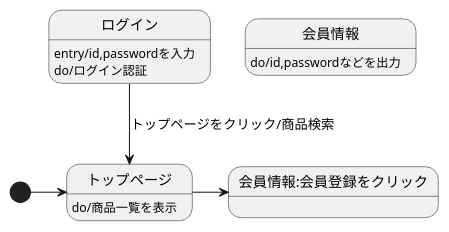
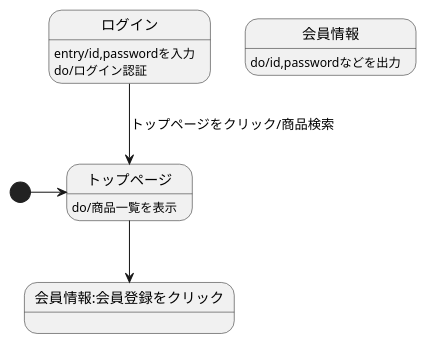
The diagram in 画面遷移図(original).md (Aso2001224/2021sys-design), drawn with PlantUML before and after one commit.

````diff
--- a/画面遷移図(original).md
+++ b/画面遷移図(original).md
@@ -1,11 +1,11 @@
 ```uml
 @startuml
 [*]->トップページ
 トップページ:do/商品一覧を表示
 ログイン-->トップページ:トップページをクリック/商品検索
 ログイン:entry/id,passwordを入力
 ログイン:do/ログイン認証
-トップページ->会員情報:会員登録をクリック
+トップページ-->会員情報:会員登録をクリック
 会員情報:do/id,passwordなどを出力
 @enduml
 ```
````
